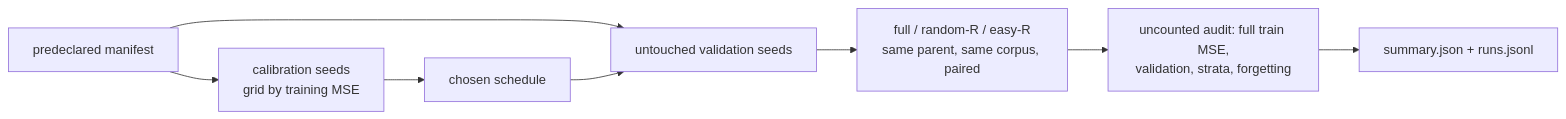
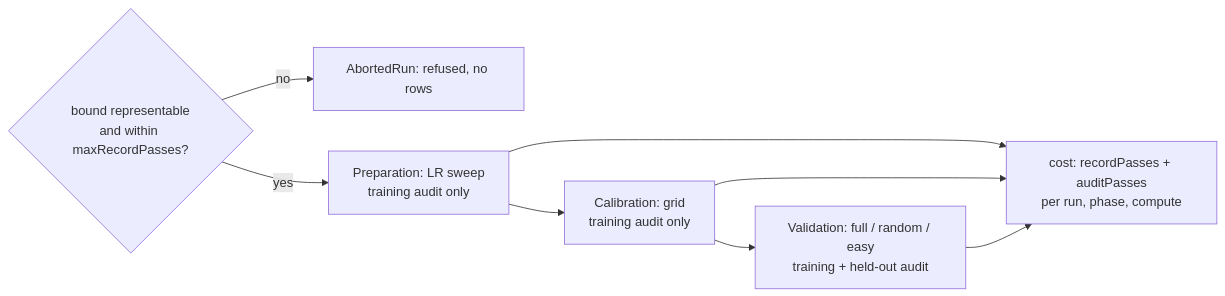
One commit to stSoftwareAU/NEAT-AI-Lamarck changed the diagram in docs/archive/pr-summaries/pr-summary-267.md. Above: the diagram before and after it, drawn with Mermaid. The commit also changed other lines of this file and 12 other files, not shown here.

First line of the commit message:
Experiment: Test temporary easy-record skipping during refinement (Issue #267) (#290)

````diff
--- a/docs/archive/pr-summaries/pr-summary-267.md
+++ b/docs/archive/pr-summaries/pr-summary-267.md
@@ -147,10 +85,8 @@
 ```mermaid
 flowchart LR
-    M[predeclared manifest] --> C[calibration seeds<br/>grid by training MSE]
-    C --> S[chosen schedule]
-    M --> V[untouched validation seeds]
-    S --> V
-    V --> A[full / random-R / easy-R<br/>same parent, same corpus, paired]
-    A --> R[uncounted audit: full train MSE,<br/>validation, strata, forgetting]
-    R --> J[summary.json + runs.jsonl]
+    G{bound representable<br/>and within maxRecordPasses?} -- no --> R[AbortedRun: refused, no rows]
+    G -- yes --> P[Preparation: LR sweep<br/>training audit only]
+    P --> C[Calibration: grid<br/>training audit only]
+    C --> V[Validation: full / random / easy<br/>training + held-out audit]
+    P & C & V --> K[cost: recordPasses + auditPasses<br/>per run, phase, compute]
 ```
````
